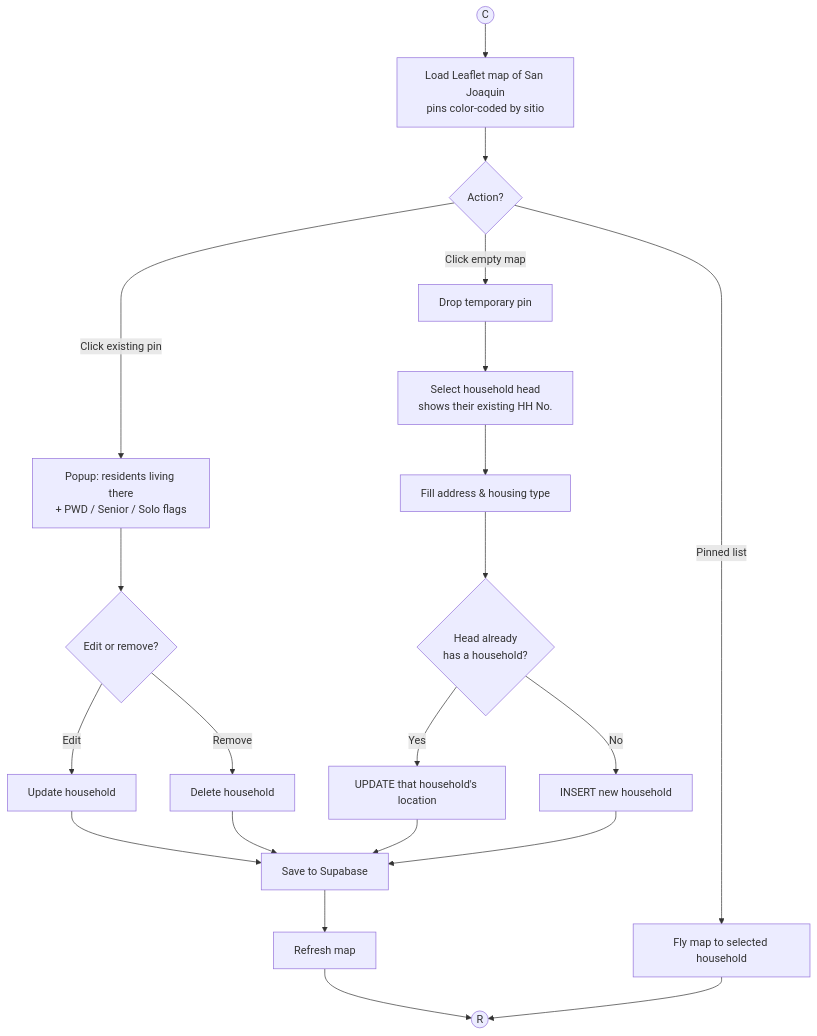
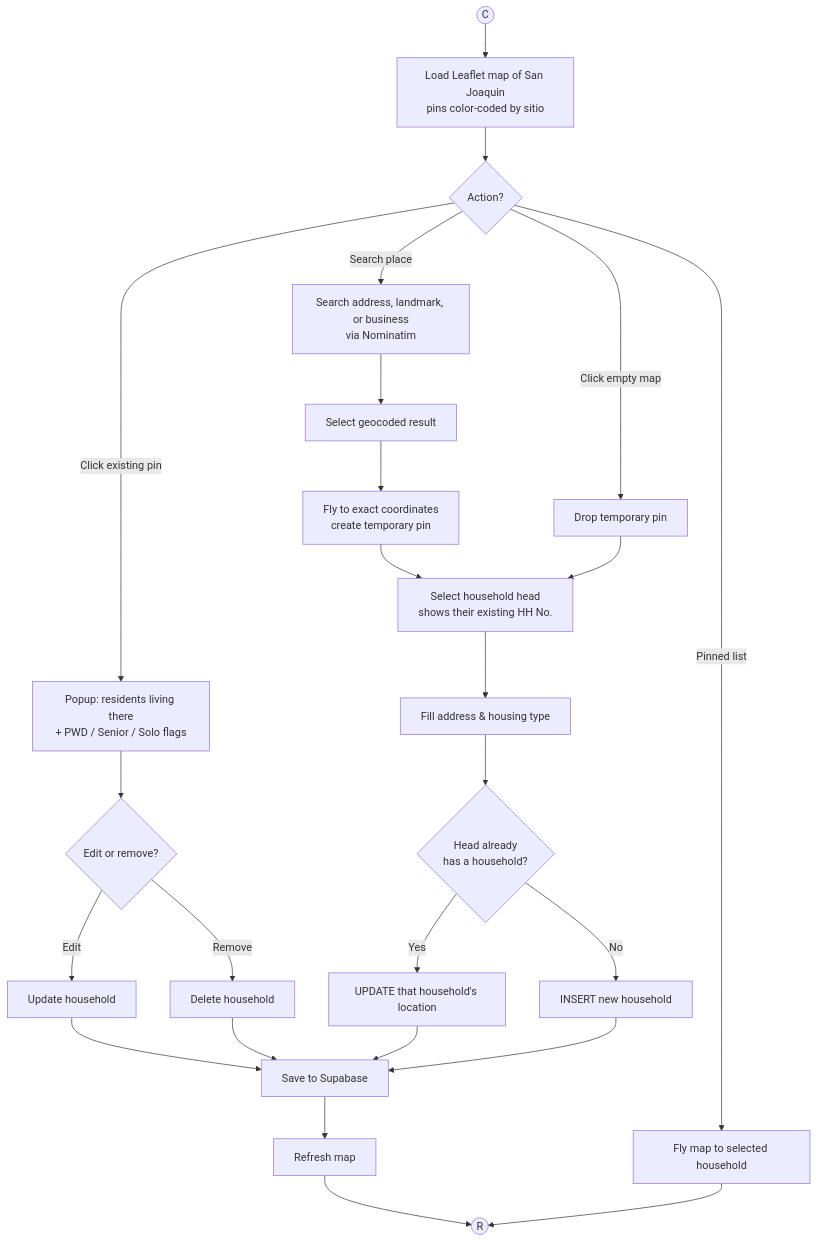
Before and after one commit to KellyEspera/protect: the diagram in diagrams/modules/gis_household_map.mmd, drawn with Mermaid. The commit also changed 13 other files, not shown here.

```diff
--- a/diagrams/modules/gis_household_map.mmd
+++ b/diagrams/modules/gis_household_map.mmd
@@ -1,22 +1,27 @@
 flowchart TD
     C((C)) --> Load[Load Leaflet map of San Joaquin<br/>pins color-coded by sitio]
     Load --> Act{Action?}
+
+    Act -- Search place --> Search[Search address, landmark, or business<br/>via Nominatim]
+    Search --> Result[Select geocoded result]
+    Result --> FlyTo[Fly to exact coordinates<br/>create temporary pin]
+    FlyTo --> PickHead[Select household head<br/>shows their existing HH No.]
 
     Act -- Click existing pin --> Pop[Popup: residents living there<br/>+ PWD / Senior / Solo flags]
     Pop --> PE{Edit or remove?}
     PE -- Edit --> Upd[Update household] --> SaveU[Save to Supabase]
     PE -- Remove --> Del[Delete household] --> SaveU
 
     Act -- Click empty map --> Drop[Drop temporary pin]
-    Drop --> PickHead[Select household head<br/>shows their existing HH No.]
+    Drop --> PickHead
     PickHead --> FillHH[Fill address & housing type]
     FillHH --> Has{Head already<br/>has a household?}
     Has -- Yes --> UpdLoc[UPDATE that household's location]
     Has -- No --> Ins[INSERT new household]
     UpdLoc --> SaveU
     Ins --> SaveU
 
     Act -- Pinned list --> Fly[Fly map to selected household]
 
     SaveU --> Refresh[Refresh map] --> R((R))
     Fly --> R
```
